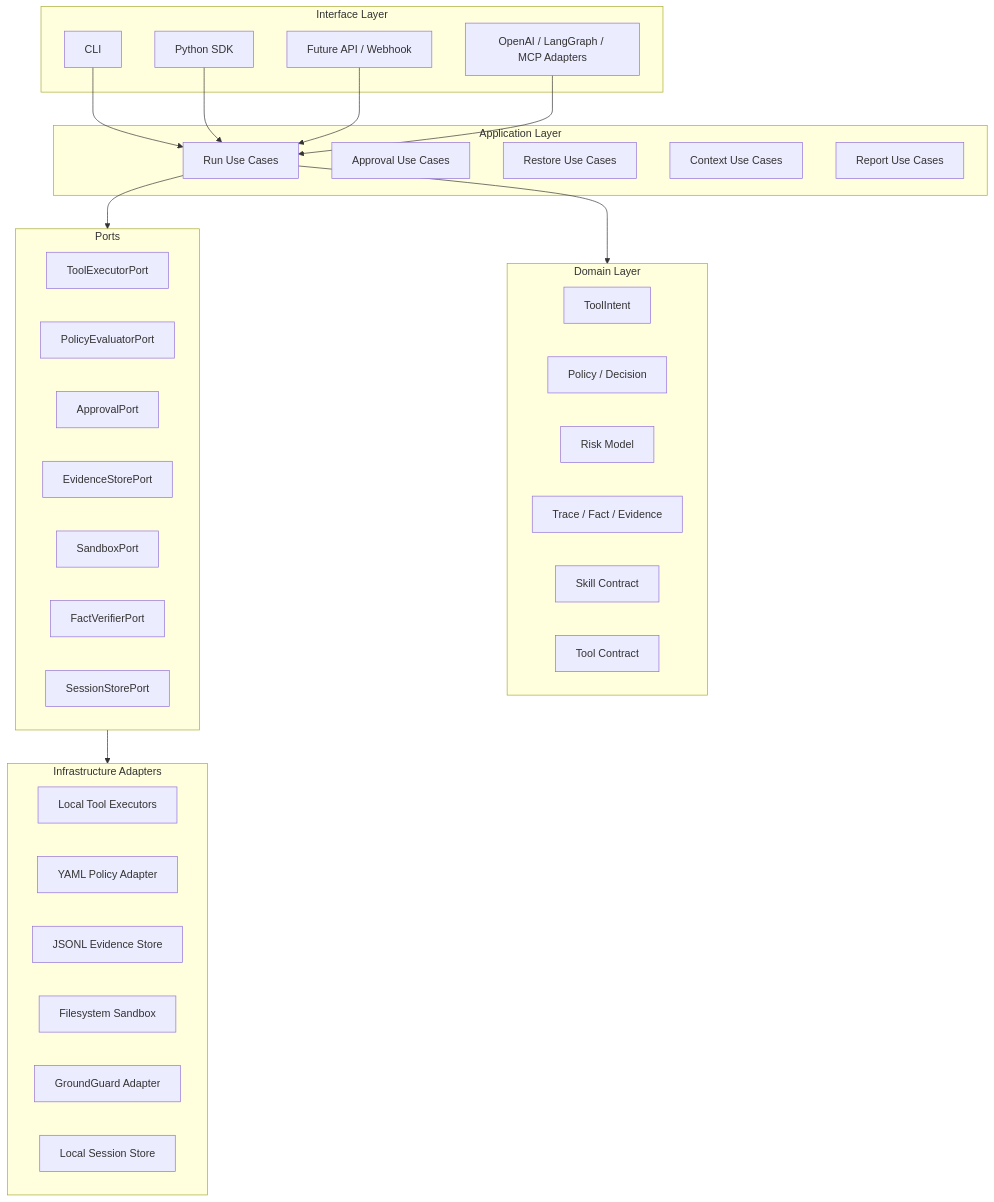
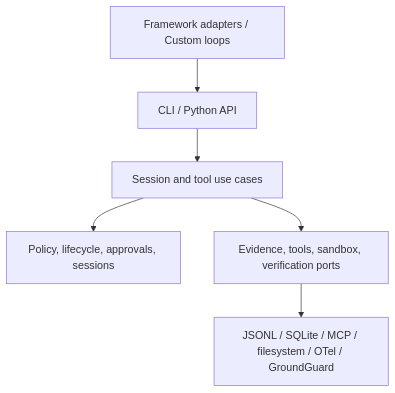
One commit to chasen2041maker/AgentTrust-Runtime changed the diagram in docs/enterprise-architecture.md. Above: the diagram before and after it, drawn with Mermaid. The commit also changed other lines of this file and 26 other files, not shown here.

````diff
--- a/docs/enterprise-architecture.md
+++ b/docs/enterprise-architecture.md
@@ -44,53 +11,8 @@
 ```mermaid
 flowchart TB
-    subgraph Interface["Interface Layer"]
-      CLI["CLI"]
-      SDK["Python SDK"]
-      HTTP["Future API / Webhook"]
-      FrameworkAdapters["OpenAI / LangGraph / MCP Adapters"]
-    end
-
-    subgraph Application["Application Layer"]
-      RunUseCases["Run Use Cases"]
-      ApprovalUseCases["Approval Use Cases"]
-      RestoreUseCases["Restore Use Cases"]
-      ContextUseCases["Context Use Cases"]
-      ReportUseCases["Report Use Cases"]
-    end
-
-    subgraph Domain["Domain Layer"]
-      Intent["ToolIntent"]
-      Policy["Policy / Decision"]
-      Risk["Risk Model"]
-      Evidence["Trace / Fact / Evidence"]
-      Skill["Skill Contract"]
-      Tool["Tool Contract"]
-    end
-
-    subgraph Ports["Ports"]
-      ToolPort["ToolExecutorPort"]
-      PolicyPort["PolicyEvaluatorPort"]
-      ApprovalPort["ApprovalPort"]
-      EvidencePort["EvidenceStorePort"]
-      SandboxPort["SandboxPort"]
-      FactPort["FactVerifierPort"]
-      SessionPort["SessionStorePort"]
-    end
-
-    subgraph Infrastructure["Infrastructure Adapters"]
-      LocalTools["Local Tool Executors"]
-      YamlPolicy["YAML Policy Adapter"]
-      JsonlTrace["JSONL Evidence Store"]
-      FileSandbox["Filesystem Sandbox"]
-      GroundGuard["GroundGuard Adapter"]
-      LocalSession["Local Session Store"]
-    end
-
-    CLI --> RunUseCases
-    SDK --> RunUseCases
-    HTTP --> RunUseCases
-    FrameworkAdapters --> RunUseCases
-    RunUseCases --> Domain
-    RunUseCases --> Ports
-    Ports --> Infrastructure
+    Framework["Framework adapters / Custom loops"] --> Interface["CLI / Python API"]
+    Interface --> Application["Session and tool use cases"]
+    Application --> Domain["Policy, lifecycle, approvals, sessions"]
+    Application --> Ports["Evidence, tools, sandbox, verification ports"]
+    Ports --> Adapters["JSONL / SQLite / MCP / filesystem / OTel / GroundGuard"]
 ```
````
